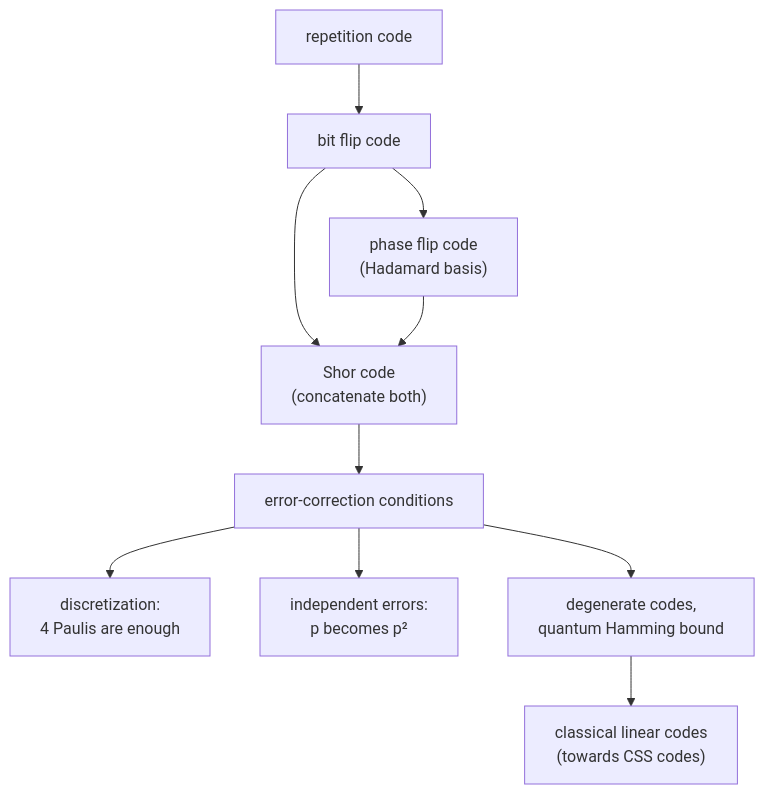
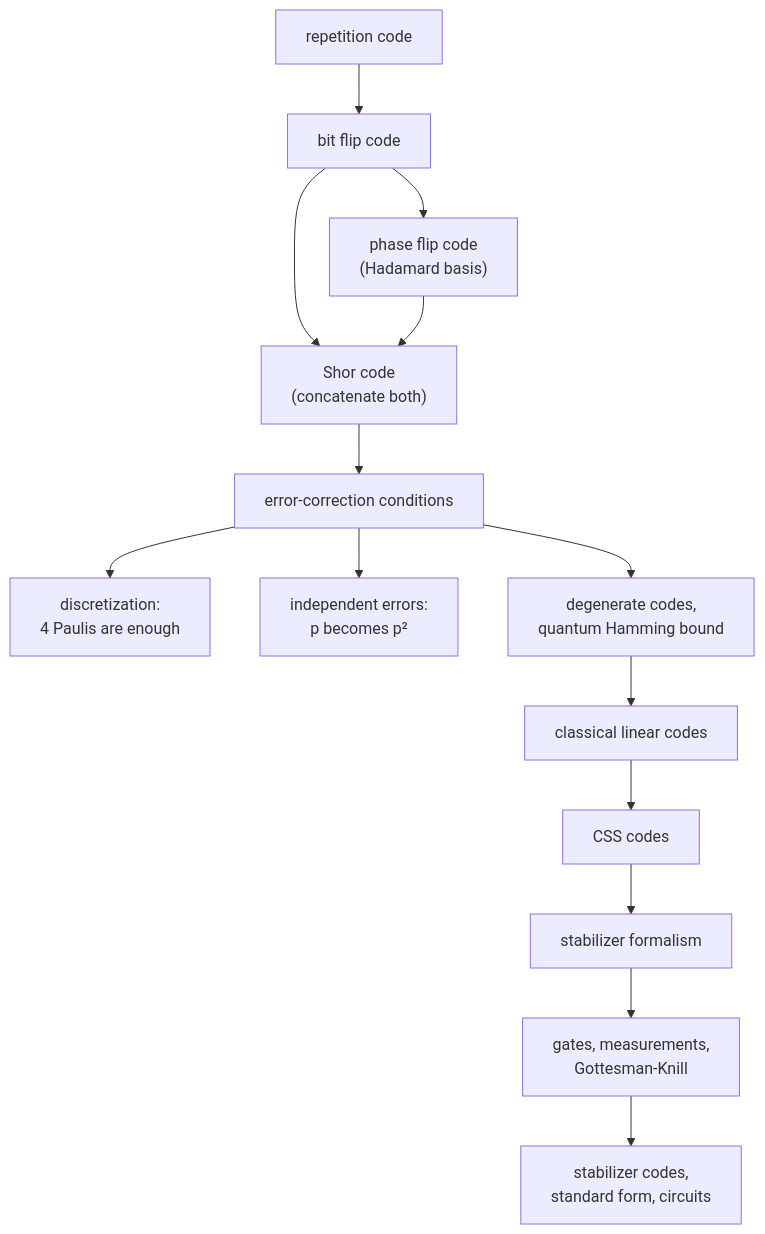
Before and after one commit to ArhamAkhtarAlam/mitxpro-my-notes: the second of 2 diagrams in Quantum Computation and Quantum Information/Quantum Computation and Quantum Information.md, drawn with Mermaid. The commit also changed other lines of this file and 17 other files, not shown here.

First line of the commit message:
Add chapters on stabilizer codes, Gottesman-Knill theorem, and error correction techniques

````diff
--- a/Quantum Computation and Quantum Information/Quantum Computation and Quantum Information.md
+++ b/Quantum Computation and Quantum Information/Quantum Computation and Quantum Information.md
@@ -36,12 +42,16 @@
 ```mermaid
 flowchart TD
     R["repetition code"] --> B["bit flip code"]
     B --> P["phase flip code<br/>(Hadamard basis)"]
     B --> S["Shor code<br/>(concatenate both)"]
     P --> S
     S --> C["error-correction conditions"]
     C --> D["discretization:<br/>4 Paulis are enough"]
     C --> I["independent errors:<br/>p becomes p²"]
     C --> H["degenerate codes,<br/>quantum Hamming bound"]
-    H --> L["classical linear codes<br/>(towards CSS codes)"]
+    H --> L["classical linear codes"]
+    L --> CSS["CSS codes"]
+    CSS --> SF["stabilizer formalism"]
+    SF --> GK["gates, measurements,<br/>Gottesman-Knill"]
+    GK --> SC["stabilizer codes,<br/>standard form, circuits"]
 ```
````
